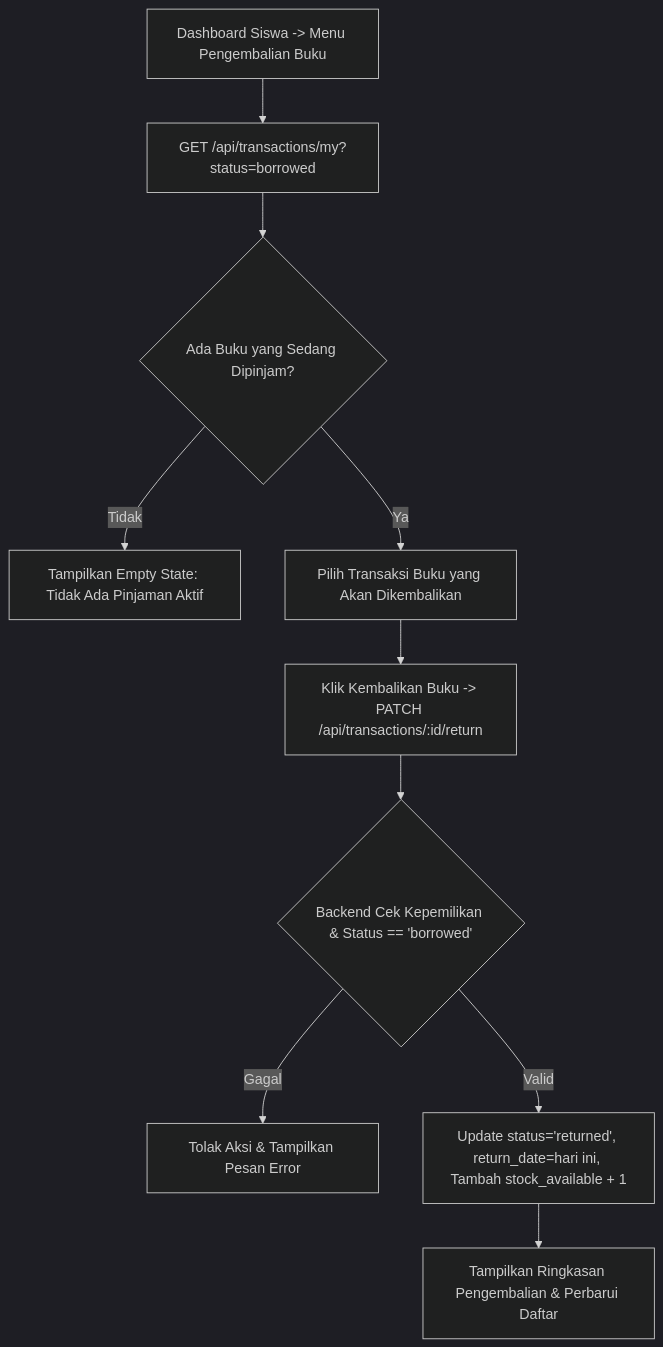
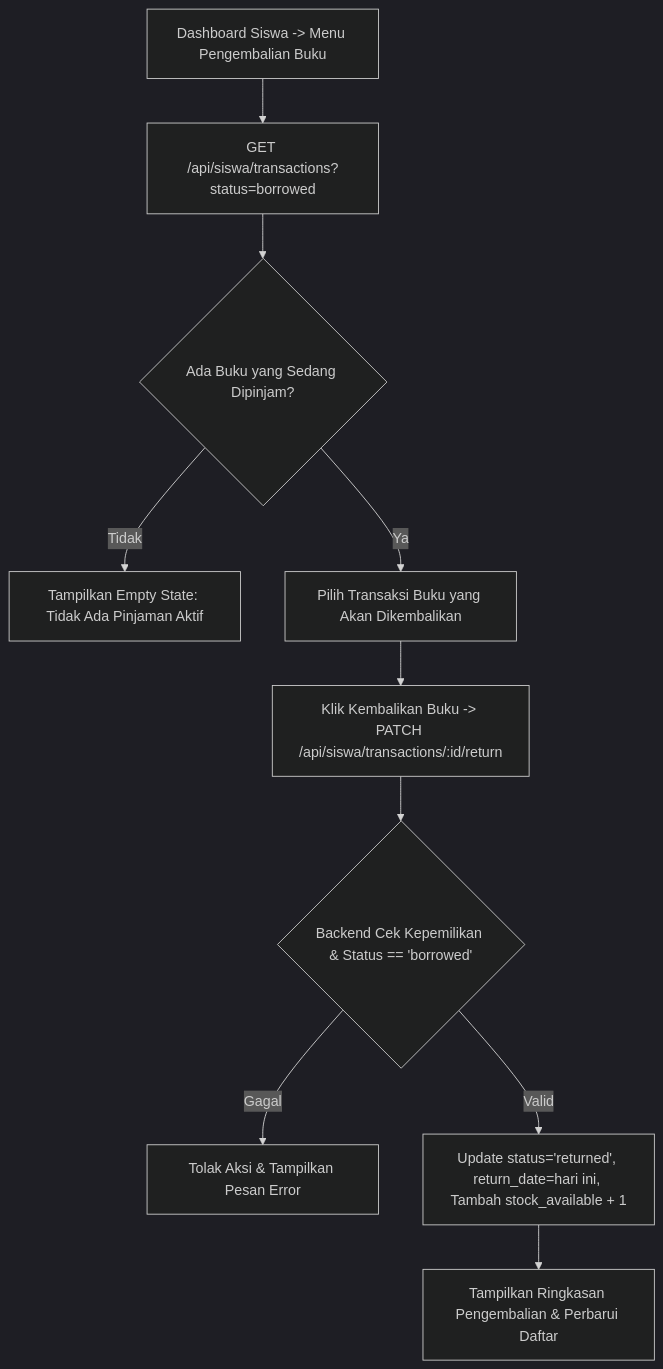
Before and after one commit to ardenpratamamaskuri404/Denvora-Lexora-App: the fourth of 7 diagrams in docs/planning/USER-FLOW.md, drawn with Mermaid (dark theme). The commit also changed other lines of this file and 5 other files, not shown here.

````diff
--- a/docs/planning/USER-FLOW.md
+++ b/docs/planning/USER-FLOW.md
@@ -107,12 +107,12 @@
 ```mermaid
 flowchart TD
-    A["Dashboard Siswa -> Menu Pengembalian Buku"] --> B["GET /api/transactions/my?status=borrowed"]
+    A["Dashboard Siswa -> Menu Pengembalian Buku"] --> B["GET /api/siswa/transactions?status=borrowed"]
     B --> C{"Ada Buku yang Sedang Dipinjam?"}
     C -->|"Tidak"| D["Tampilkan Empty State: Tidak Ada Pinjaman Aktif"]
     C -->|"Ya"| E["Pilih Transaksi Buku yang Akan Dikembalikan"]
-    E --> F["Klik Kembalikan Buku -> PATCH /api/transactions/:id/return"]
+    E --> F["Klik Kembalikan Buku -> PATCH /api/siswa/transactions/:id/return"]
     F --> G{"Backend Cek Kepemilikan & Status == 'borrowed'"}
     G -->|"Gagal"| H["Tolak Aksi & Tampilkan Pesan Error"]
     G -->|"Valid"| I["Update status='returned', return_date=hari ini, Tambah stock_available + 1"]
     I --> J["Tampilkan Ringkasan Pengembalian & Perbarui Daftar"]
 ```
````
